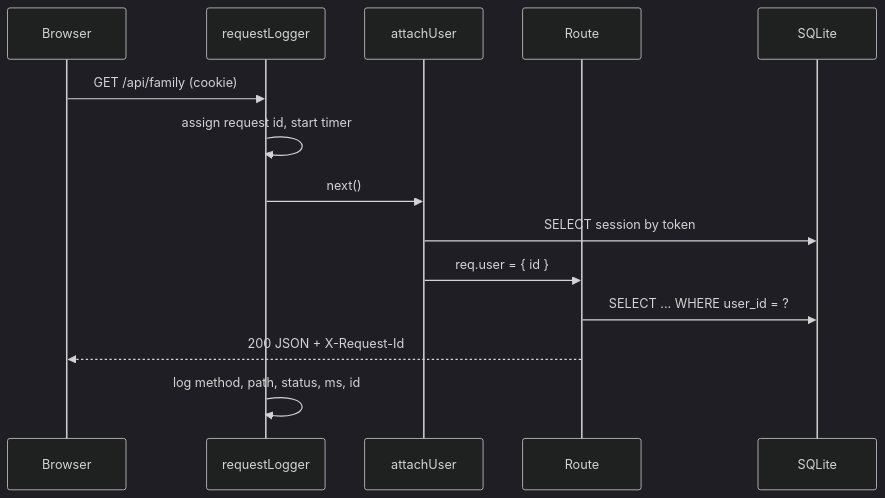
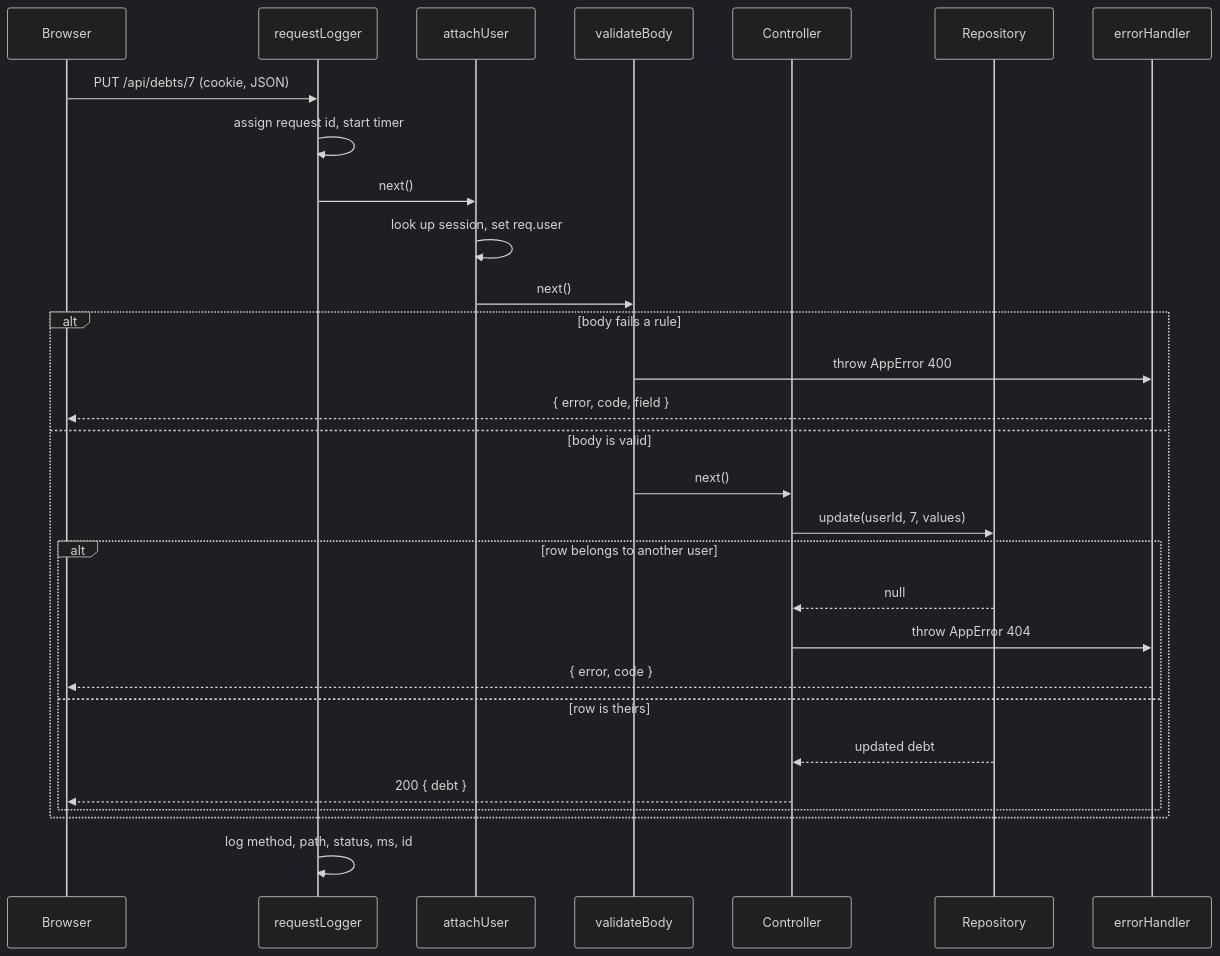
The fourth of 4 diagrams in docs/SYSTEM_DESIGN.md (i-varunsharma/Nest-Worth), drawn with Mermaid (dark theme) before and after one commit. The commit also changed other lines of this file and 4 other files, not shown here.

First line of the commit message:
Update docs for the layered architecture

````diff
--- a/docs/SYSTEM_DESIGN.md
+++ b/docs/SYSTEM_DESIGN.md
@@ -196,17 +234,32 @@
 ```mermaid
 sequenceDiagram
   participant B as Browser
   participant L as requestLogger
-  participant S as attachUser
-  participant R as Route
-  participant D as SQLite
+  participant A as attachUser
+  participant V as validateBody
+  participant C as Controller
+  participant R as Repository
+  participant E as errorHandler
 
-  B->>L: GET /api/family (cookie)
+  B->>L: PUT /api/debts/7 (cookie, JSON)
   L->>L: assign request id, start timer
-  L->>S: next()
-  S->>D: SELECT session by token
-  S->>R: req.user = { id }
-  R->>D: SELECT ... WHERE user_id = ?
-  R-->>B: 200 JSON + X-Request-Id
+  L->>A: next()
+  A->>A: look up session, set req.user
+  A->>V: next()
+  alt body fails a rule
+    V->>E: throw AppError 400
+    E-->>B: { error, code, field }
+  else body is valid
+    V->>C: next()
+    C->>R: update(userId, 7, values)
+    alt row belongs to another user
+      R-->>C: null
+      C->>E: throw AppError 404
+      E-->>B: { error, code }
+    else row is theirs
+      R-->>C: updated debt
+      C-->>B: 200 { debt }
+    end
+  end
   L->>L: log method, path, status, ms, id
 ```
````
